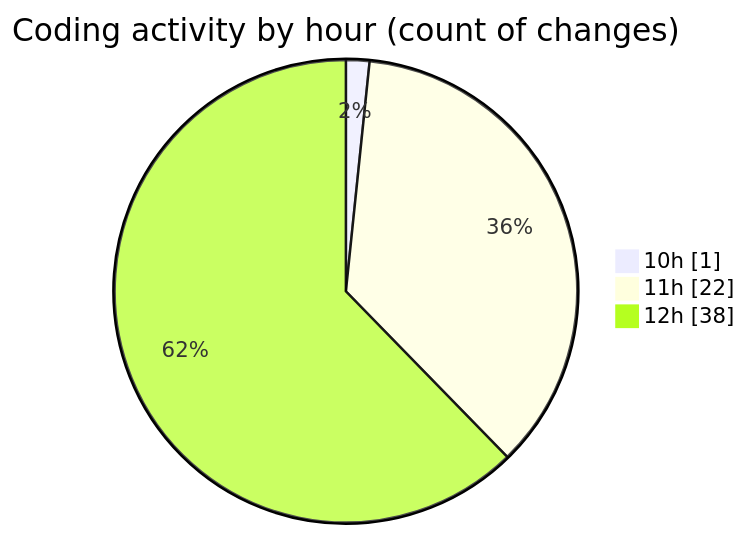
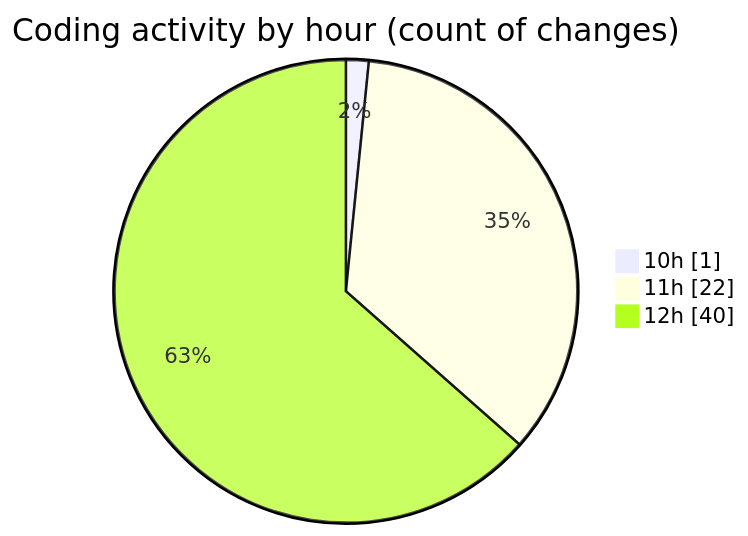
One commit to nxtqubesakshisongat/code-tracking changed the second of 2 diagrams in 2025-07-27/nxtqube_webapp/README.md. Above: the diagram before and after it, drawn with Mermaid. The commit also changed other lines of this file and 1 other file, not shown here.

````diff
--- a/2025-07-27/nxtqube_webapp/README.md
+++ b/2025-07-27/nxtqube_webapp/README.md
@@ -33,7 +33,7 @@
 ```mermaid
 pie showData
 title Coding activity by hour (count of changes)
 "10h" : 1
 "11h" : 22
-"12h" : 38
+"12h" : 40
 ```
````
